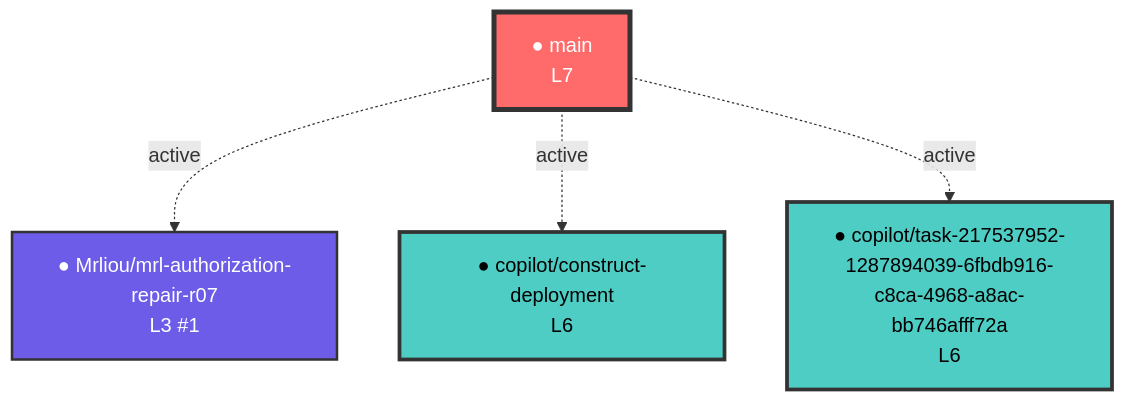
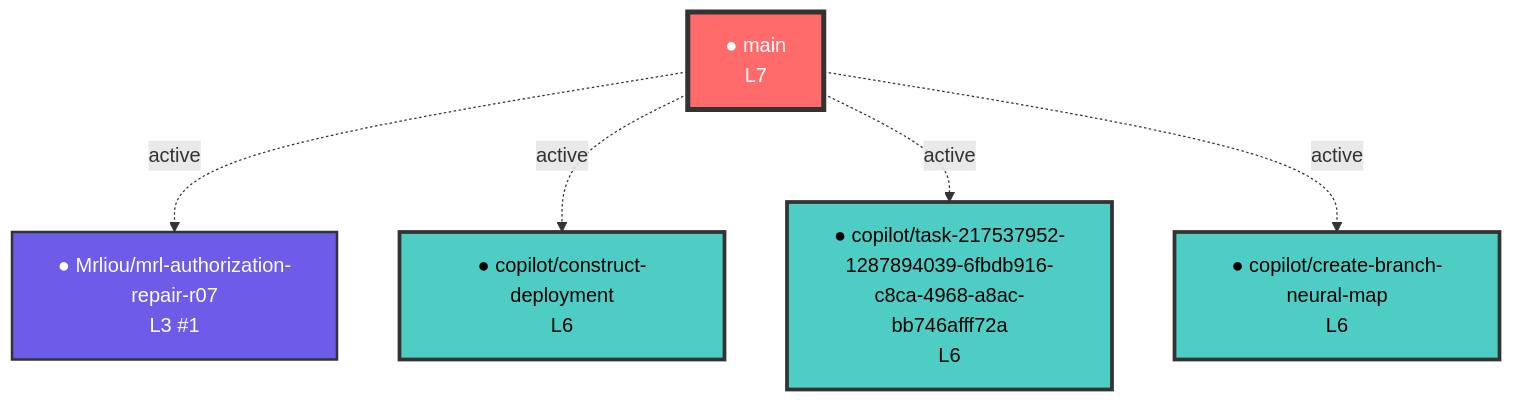
One commit to dofaromg/MRL_ASI_system changed the diagram in neural-links/synaptic-graph.mermaid. Above: the diagram before and after it, drawn with Mermaid. The commit also changed 1 other file, not shown here.

Commit message:
🧠 Auto-sync neural network map [skip ci]

````diff
--- a/neural-links/synaptic-graph.mermaid
+++ b/neural-links/synaptic-graph.mermaid
@@ -1,22 +1,24 @@
 ```mermaid
 graph TD
   %% 神經網絡分支圖譜 - origin_signature: MrLiouWord
 
   %% 節點定義
   main["● main<br/>L7"]:::trunk
   Mrliou_mrl_authorization_repair_r07["● Mrliou/mrl-authorization-repair-r07<br/>L3 #1"]:::experimental
   copilot_construct_deployment["● copilot/construct-deployment<br/>L6"]:::cognitive
   copilot_task_217537952_1287894039_6fbdb916_c8ca_4968_a8ac_bb746afff72a["● copilot/task-217537952-1287894039-6fbdb916-c8ca-4968-a8ac-bb746afff72a<br/>L6"]:::cognitive
+  copilot_create_branch_neural_map["● copilot/create-branch-neural-map<br/>L6"]:::cognitive
 
   %% 連結定義
   main -.->|active| Mrliou_mrl_authorization_repair_r07
   main -.->|active| copilot_construct_deployment
   main -.->|active| copilot_task_217537952_1287894039_6fbdb916_c8ca_4968_a8ac_bb746afff72a
+  main -.->|active| copilot_create_branch_neural_map
 
   %% 樣式定義
   classDef trunk fill:#ff6b6b,stroke:#333,stroke-width:4px,color:#fff
   classDef cognitive fill:#4ecdc4,stroke:#333,stroke-width:3px,color:#000
   classDef feature fill:#95e1d3,stroke:#333,stroke-width:2px,color:#000
   classDef hotfix fill:#f9ca24,stroke:#333,stroke-width:2px,color:#000
   classDef experimental fill:#6c5ce7,stroke:#333,stroke-width:2px,color:#fff
 ```
````
